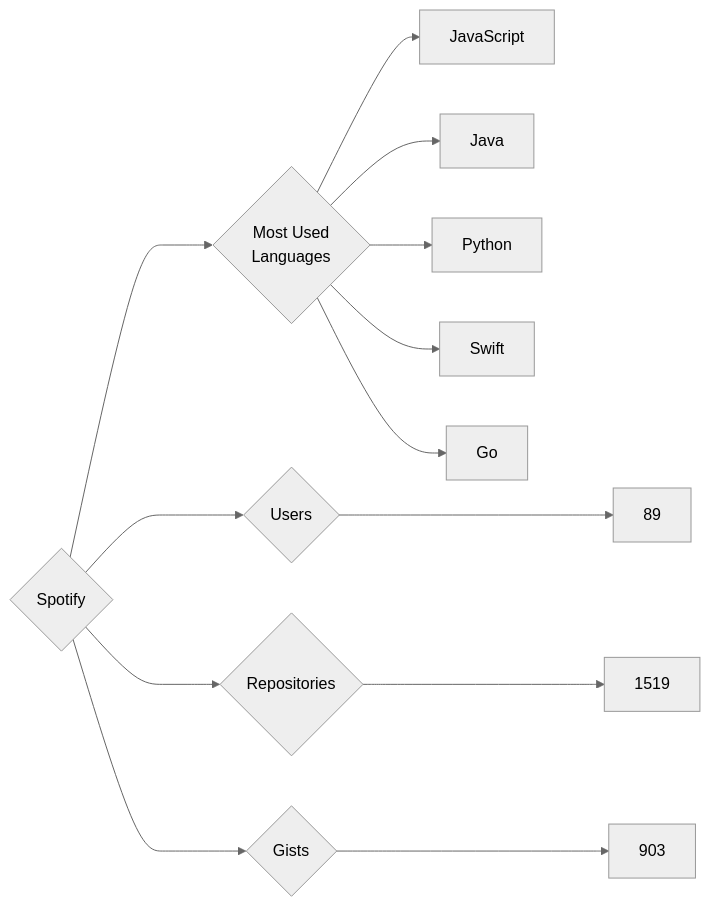
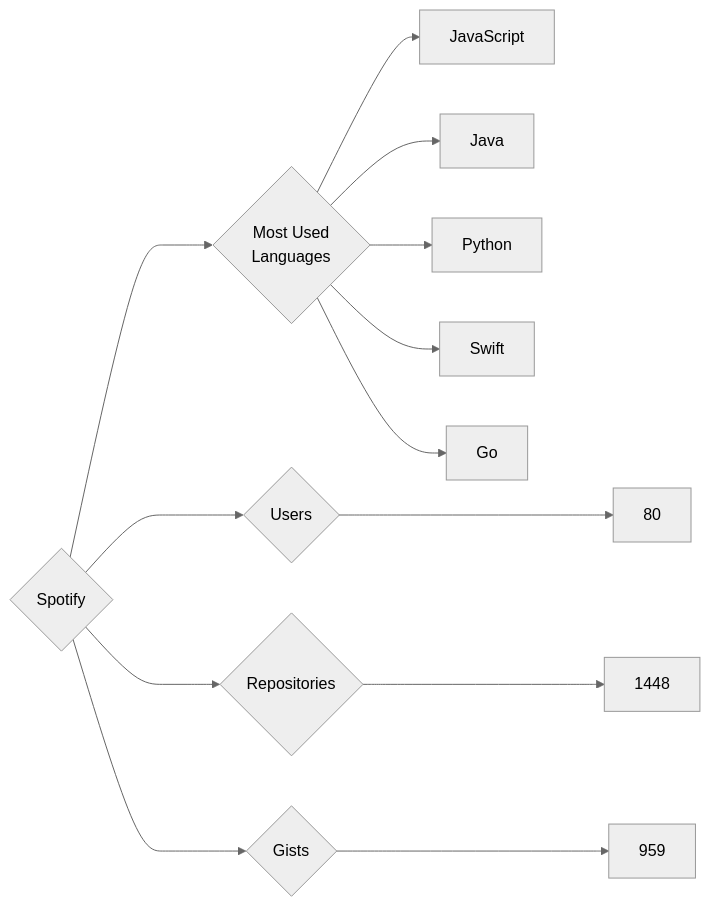
The diagram in targets/Spotify/README.md (trickest/insiders), drawn with Mermaid (neutral theme) before and after one commit. The commit also changed 1011 other files, not shown here.

````diff
--- a/targets/Spotify/README.md
+++ b/targets/Spotify/README.md
@@ -3,13 +3,13 @@
 ```mermaid
 graph LR
 COMPANY_NAME{Spotify}
-COMPANY_NAME ---> U{Users} ---> UN[89]
-COMPANY_NAME ---> R{Repositories} ---> RN[1519]
-COMPANY_NAME ---> G{Gists} ---> GN[903]
+COMPANY_NAME ---> U{Users} ---> UN[80]
+COMPANY_NAME ---> R{Repositories} ---> RN[1448]
+COMPANY_NAME ---> G{Gists} ---> GN[959]
 COMPANY_NAME ---> ML{Most Used<br>Languages}
 ML --> JavaScript[JavaScript]
 ML --> Java[Java]
 ML --> Python[Python]
 ML --> Swift[Swift]
 ML --> Go[Go]
 ```
````
